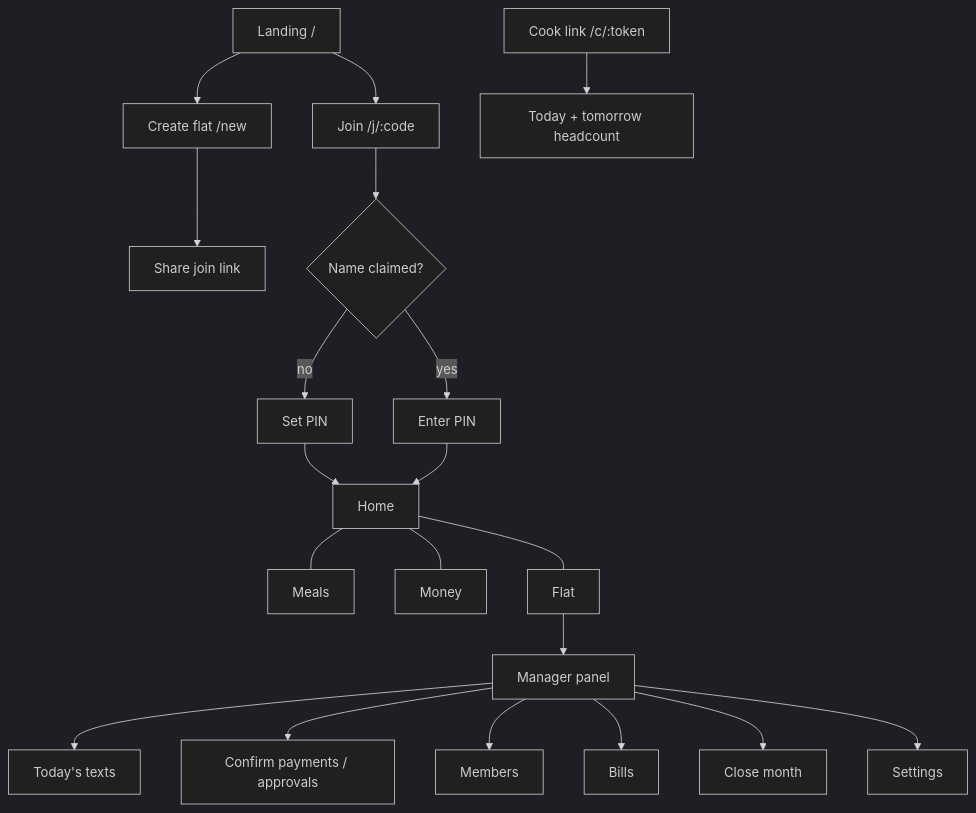
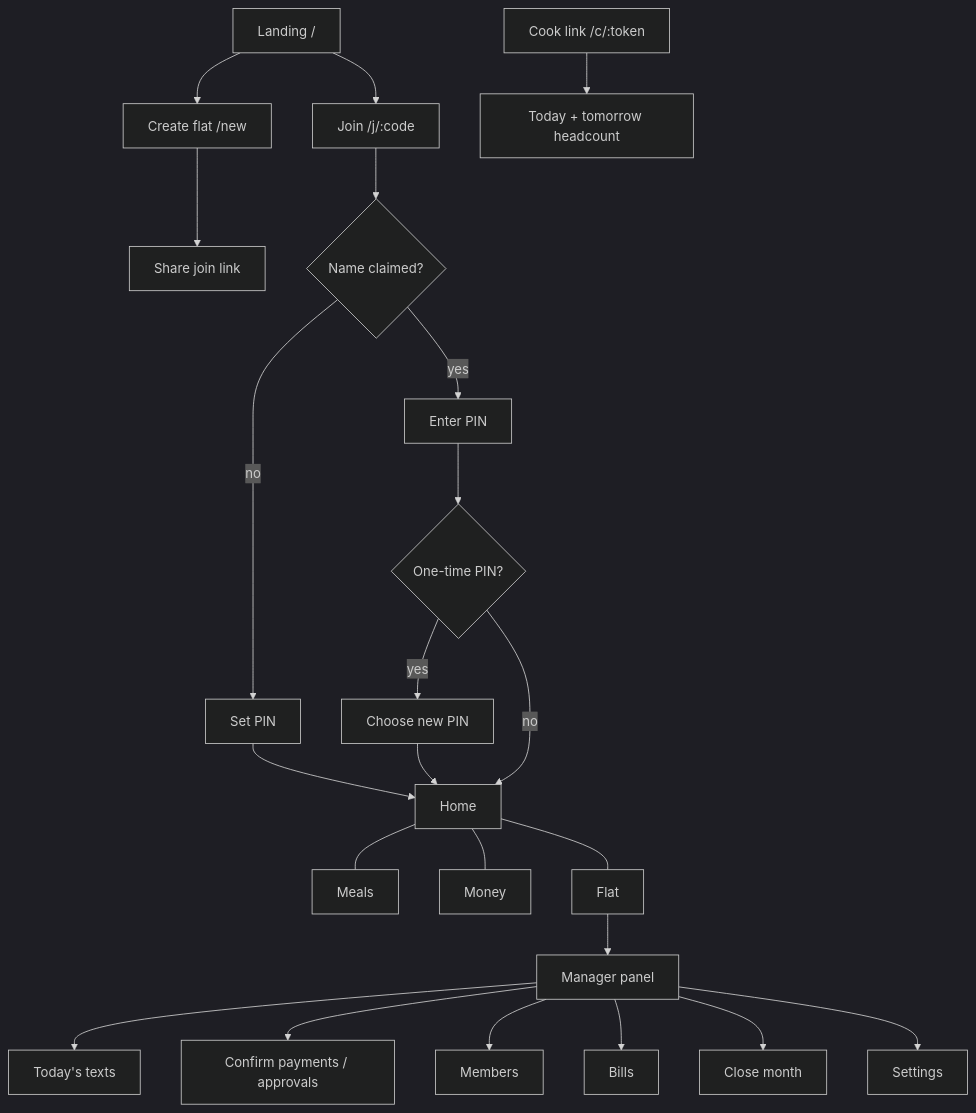
One commit to 07fahim/bashabook changed the first of 4 diagrams in docs/APP_FLOW.md. Above: the diagram before and after it, drawn with Mermaid (dark theme). The commit also changed other lines of this file and 6 other files, not shown here.

Commit message:
fix: apply review findings to schema, engine plan and docs

````diff
--- a/docs/APP_FLOW.md
+++ b/docs/APP_FLOW.md
@@ -5,20 +5,22 @@
 ```mermaid
 flowchart TD
   L[Landing /] --> N[Create flat /new]
   L --> J[Join /j/:code]
   N --> S[Share join link]
   J --> P{Name claimed?}
   P -- no --> SP[Set PIN] --> H
-  P -- yes --> EP[Enter PIN] --> H
+  P -- yes --> EP[Enter PIN] --> R{One-time PIN?}
+  R -- yes --> NP[Choose new PIN] --> H
+  R -- no --> H
   H[Home] --- M[Meals]
   H --- $[Money]
   H --- F[Flat]
   F --> MG[Manager panel]
   MG --> T[Today's texts]
   MG --> CP[Confirm payments / approvals]
   MG --> MB[Members]
   MG --> B[Bills]
   MG --> CM[Close month]
   MG --> ST[Settings]
   C[Cook link /c/:token] --> HC[Today + tomorrow headcount]
 ```
````
